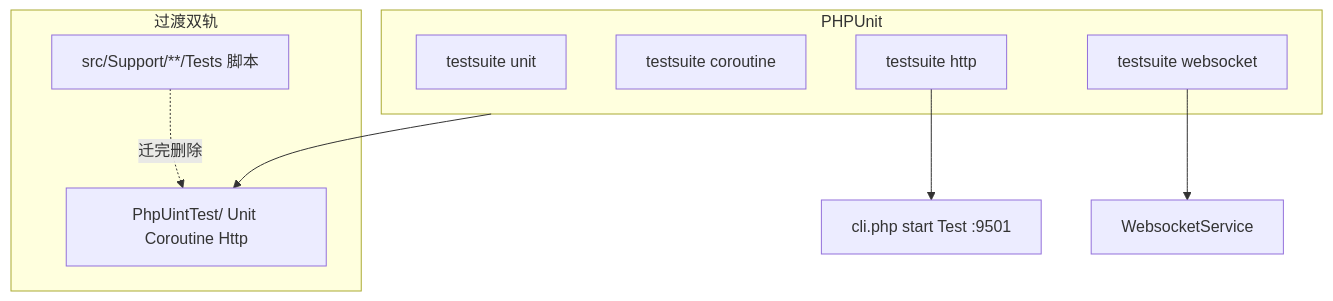
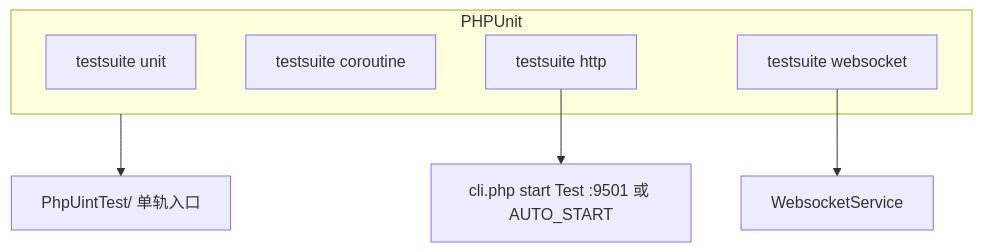
The diagram in docs/PHPUnitTest.md (bingcool/swoolefy), drawn with Mermaid before and after one commit. The commit also changed other lines of this file and 16 other files, not shown here.

Commit message:
Support PhpUint Test

````diff
--- a/docs/PHPUnitTest.md
+++ b/docs/PHPUnitTest.md
@@ -107,17 +110,13 @@
 ```mermaid
 flowchart TB
   subgraph runner [PHPUnit]
     U[testsuite unit]
     C[testsuite coroutine]
     H[testsuite http]
     W[testsuite websocket]
   end
-  subgraph dual [过渡双轨]
-    Old["src/Support/**/Tests 脚本"]
-    New["PhpUintTest/ Unit Coroutine Http"]
-  end
+  New["PhpUintTest/ 单轨入口"]
   runner --> New
-  Old -.->|"迁完删除"| New
-  H --> Srv["cli.php start Test :9501"]
+  H --> Srv["cli.php start Test :9501 或 AUTO_START"]
   W --> WsSrv["WebsocketService"]
 ```
````
